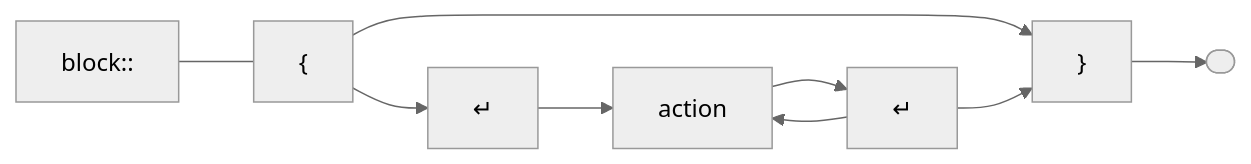
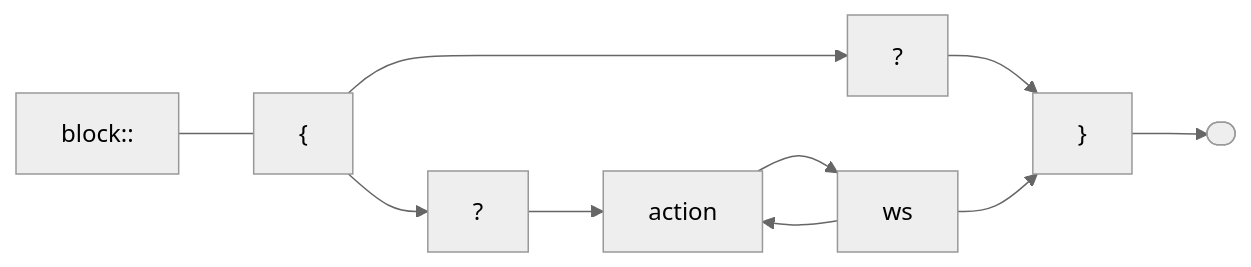
Before and after one commit to andrewfstratton/quandoscript: the second of 18 diagrams in README.md, drawn with Mermaid (neutral theme). The commit also changed other lines of this file, not shown here.

````diff
--- a/README.md
+++ b/README.md
@@ -14,7 +14,7 @@
 ```mermaid
 graph LR
-    stop([" "])
-    l-->r
-    block::---l["{"]-->lnl["↵"]-->action-->nl-->r["}"]--> stop
-    nl["↵"]-->action
+    stop([ ])
+    l-->?-->r
+    block::---l["{"]-->lq[?]-->action-->ws-->r["}"]--> stop
+    ws-->action
 ```
````
